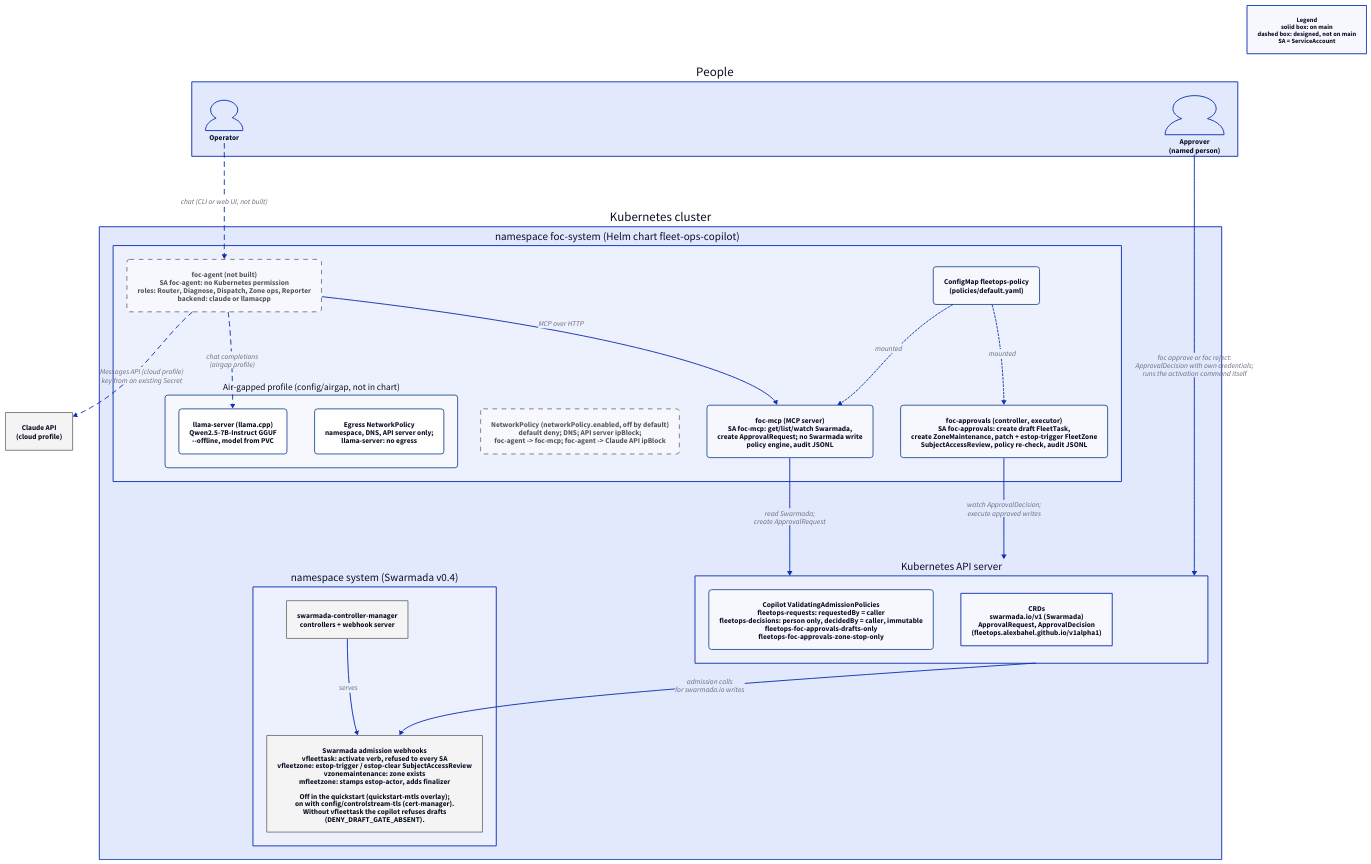
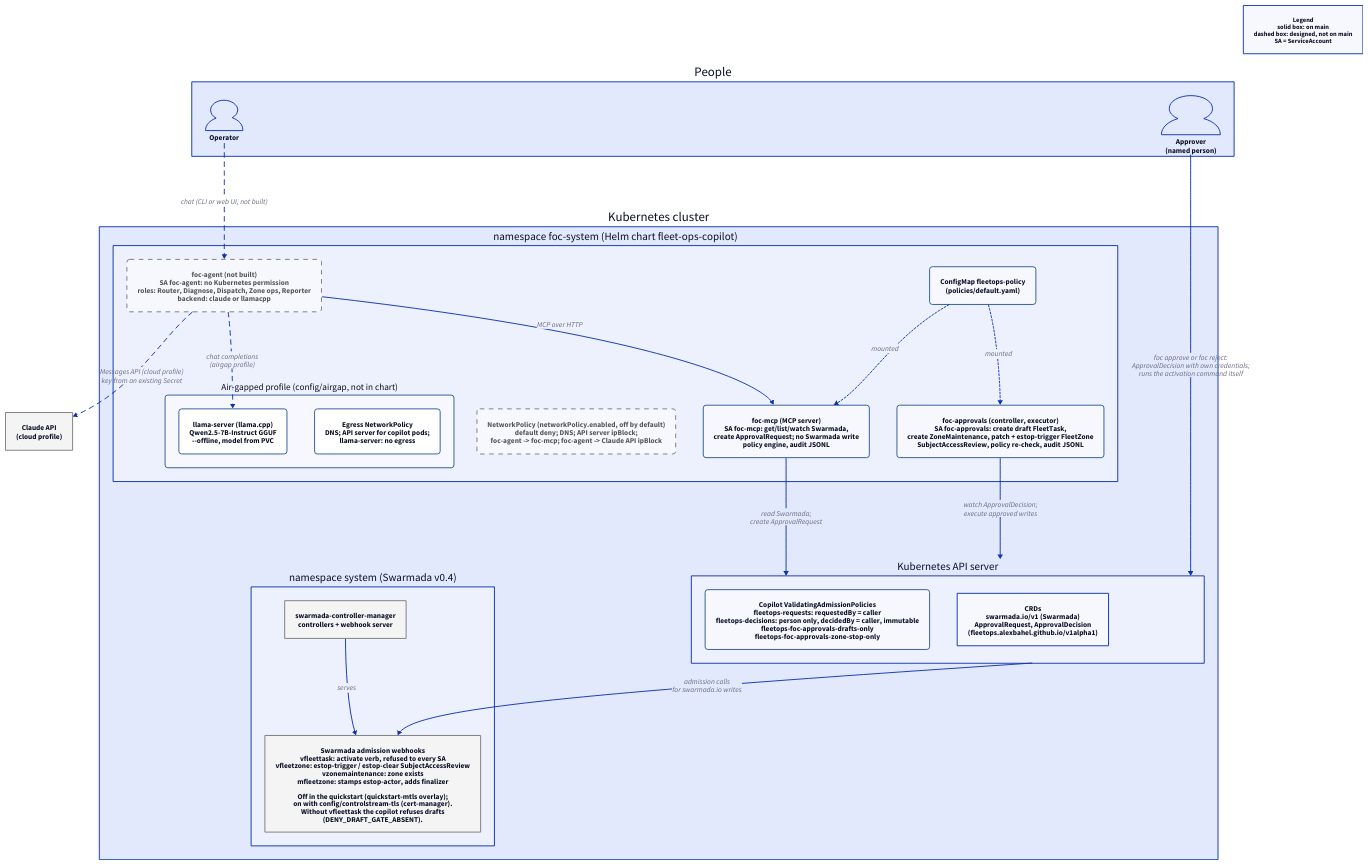
Before and after one commit to AlexBahel/fleet-ops-copilot: the diagram in docs/architecture/components.d2, drawn with D2. The commit also changed 18 other files, not shown here.

```diff
--- a/docs/architecture/components.d2
+++ b/docs/architecture/components.d2
@@ -1,65 +1,65 @@
 # Fleet Ops Copilot: processes, ServiceAccounts, model profiles, Swarmada webhooks.
 # Source for components.svg; render with `d2 --layout elk components.d2 components.svg`
 # (see README.md in this directory). Solid boxes are on main; dashed boxes are
 # designed (docs/DESIGN.md) but not on main.
 
 direction: down
 
 classes: {
   built: {style: {stroke: "#2b5797"; stroke-width: 2; border-radius: 6}}
   planned: {style: {stroke: "#7a7a7a"; stroke-dash: 5; border-radius: 6; font-color: "#555555"}}
   person: {shape: person}
   external: {style: {stroke: "#7a7a7a"; fill: "#f4f4f4"}}
 }
 
 legend: "Legend\nsolid box: on main\ndashed box: designed, not on main\nSA = ServiceAccount" {
   near: top-right
   style: {font-size: 14}
 }
 
 people: People {
   operator: Operator {class: person}
   approver: "Approver\n(named person)" {class: person}
 }
 
 claude_api: "Claude API\n(cloud profile)" {class: external}
 
 cluster: Kubernetes cluster {
   foc: "namespace foc-system (Helm chart fleet-ops-copilot)" {
     agent: "foc-agent (not built)\nSA foc-agent: no Kubernetes permission\nroles: Router, Diagnose, Dispatch, Zone ops, Reporter\nbackend: claude or llamacpp" {class: planned}
     mcp: "foc-mcp (MCP server)\nSA foc-mcp: get/list/watch Swarmada,\ncreate ApprovalRequest; no Swarmada write\npolicy engine, audit JSONL" {class: built}
     approvals: "foc-approvals (controller, executor)\nSA foc-approvals: create draft FleetTask,\ncreate ZoneMaintenance, patch + estop-trigger FleetZone\nSubjectAccessReview, policy re-check, audit JSONL" {class: built}
     policy: "ConfigMap fleetops-policy\n(policies/default.yaml)" {class: built}
     netpol: "NetworkPolicy (networkPolicy.enabled, off by default)\ndefault deny; DNS; API server ipBlock;\nfoc-agent -> foc-mcp; foc-agent -> Claude API ipBlock" {class: planned}
 
     airgap: "Air-gapped profile (config/airgap, not in chart)" {
       class: built
       llama: "llama-server (llama.cpp)\nQwen2.5-7B-Instruct GGUF\n--offline, model from PVC" {class: built}
-      egress: "Egress NetworkPolicy\nnamespace, DNS, API server only;\nllama-server: no egress" {class: built}
+      egress: "Egress NetworkPolicy\nDNS; API server for copilot pods;\nllama-server: no egress" {class: built}
     }
 
     agent -> mcp: "MCP over HTTP"
     agent -> airgap.llama: "chat completions\n(airgap profile)" {style.stroke-dash: 5}
     policy -> mcp: mounted {style.stroke-dash: 2}
     policy -> approvals: mounted {style.stroke-dash: 2}
   }
 
   apiserver: "Kubernetes API server" {
     vap: "Copilot ValidatingAdmissionPolicies\nfleetops-requests: requestedBy = caller\nfleetops-decisions: person only, decidedBy = caller, immutable\nfleetops-foc-approvals-drafts-only\nfleetops-foc-approvals-zone-stop-only" {class: built}
     crds: "CRDs\nswarmada.io/v1 (Swarmada)\nApprovalRequest, ApprovalDecision\n(fleetops.alexbahel.github.io/v1alpha1)"
   }
 
   swarmada: "namespace system (Swarmada v0.4)" {
     manager: "swarmada-controller-manager\ncontrollers + webhook server" {class: external}
     webhooks: "Swarmada admission webhooks\nvfleettask: activate verb, refused to every SA\nvfleetzone: estop-trigger / estop-clear SubjectAccessReview\nvzonemaintenance: zone exists\nmfleetzone: stamps estop-actor, adds finalizer\n\nOff in the quickstart (quickstart-mtls overlay);\non with config/controlstream-tls (cert-manager).\nWithout vfleettask the copilot refuses drafts\n(DENY_DRAFT_GATE_ABSENT)." {class: external}
     manager -> webhooks: serves
   }
 
   foc.mcp -> apiserver: "read Swarmada;\ncreate ApprovalRequest"
   foc.approvals -> apiserver: "watch ApprovalDecision;\nexecute approved writes"
   apiserver -> swarmada.webhooks: "admission calls\nfor swarmada.io writes"
 }
 
 people.operator -> cluster.foc.agent: "chat (CLI or web UI, not built)" {style.stroke-dash: 5}
 cluster.foc.agent -> claude_api: "Messages API (cloud profile)\nkey from an existing Secret" {style.stroke-dash: 5}
 people.approver -> cluster.apiserver: "foc approve or foc reject:\nApprovalDecision with own credentials;\nruns the activation command itself"
```
